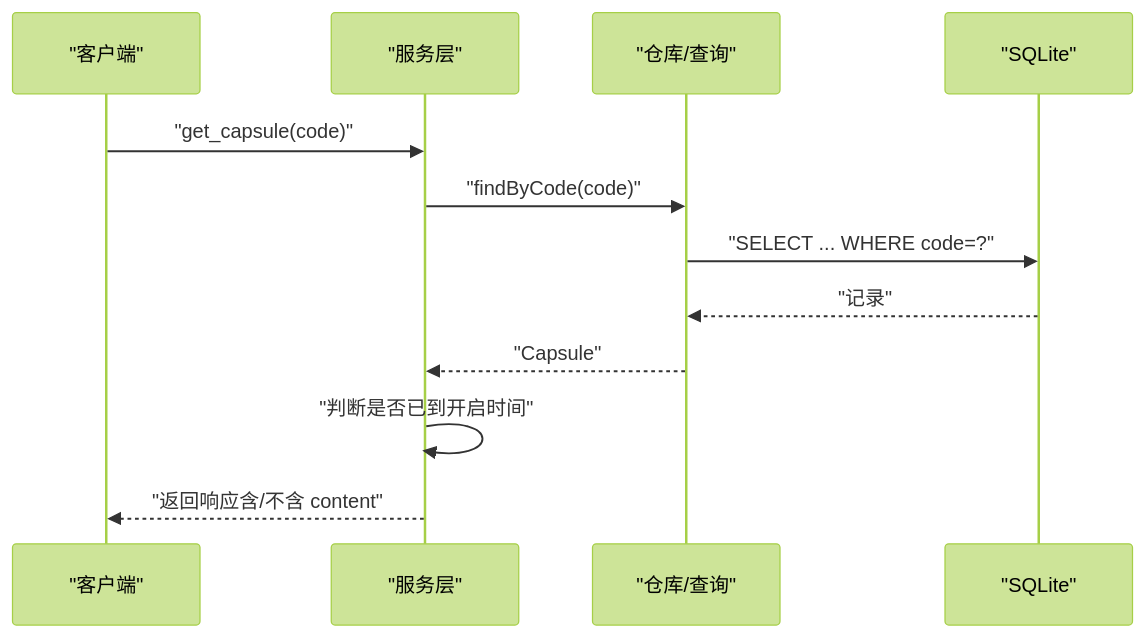
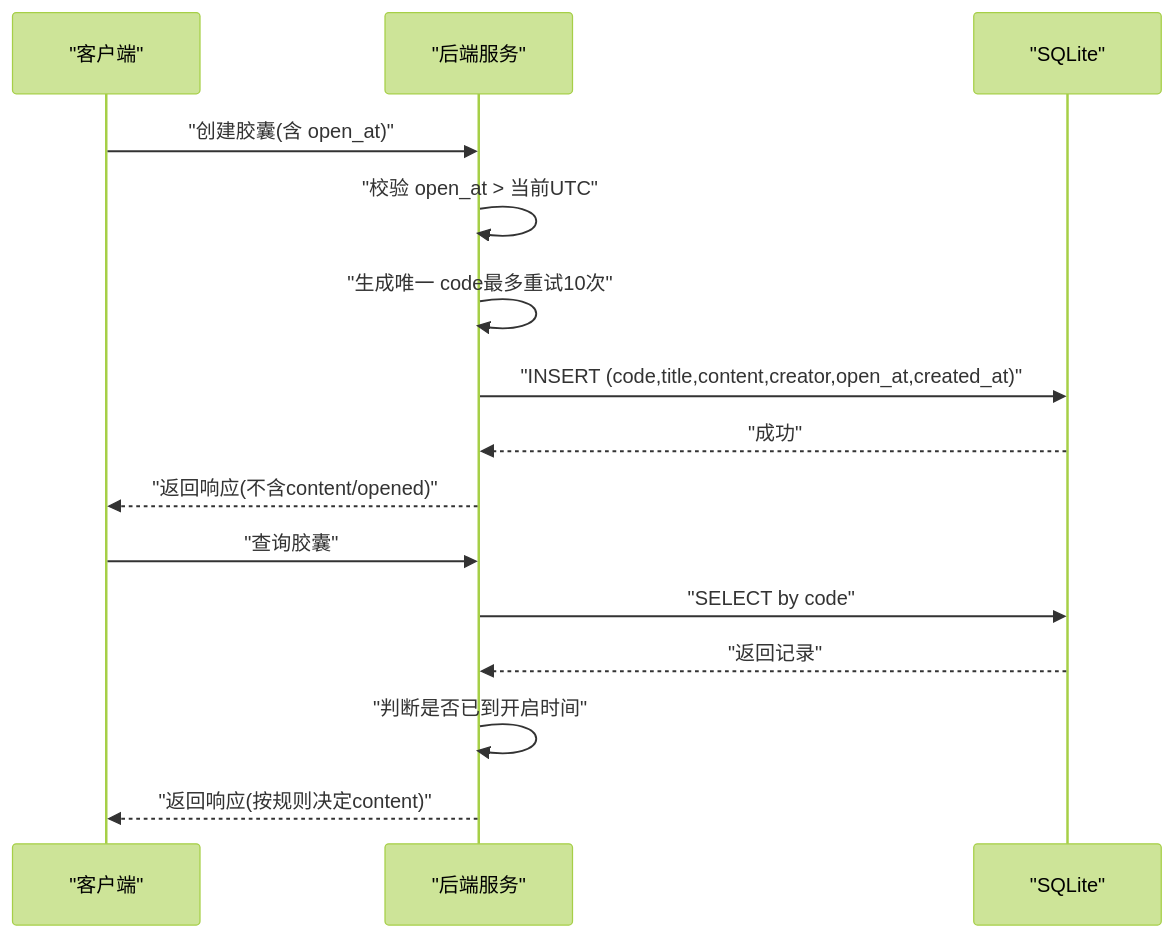
Before and after one commit to alexy2008/TimeCapsule: the fourth of 7 diagrams in .qoder/repowiki/zh/content/数据库设计.md, drawn with Mermaid (forest theme). The commit also changed other lines of this file and 247 other files, not shown here.

````diff
--- a/.qoder/repowiki/zh/content/数据库设计.md
+++ b/.qoder/repowiki/zh/content/数据库设计.md
@@ -253,14 +192,17 @@
 ```mermaid
 sequenceDiagram
 participant C as "客户端"
-participant S as "服务层"
-participant R as "仓库/查询"
+participant S as "后端服务"
 participant DB as "SQLite"
-C->>S : "get_capsule(code)"
-S->>R : "findByCode(code)"
-R->>DB : "SELECT ... WHERE code=?"
-DB-->>R : "记录"
-R-->>S : "Capsule"
+C->>S : "创建胶囊(含 open_at)"
+S->>S : "校验 open_at > 当前UTC"
+S->>S : "生成唯一 code最多重试10次"
+S->>DB : "INSERT (code,title,content,creator,open_at,created_at)"
+DB-->>S : "成功"
+S-->>C : "返回响应(不含content/opened)"
+C->>S : "查询胶囊"
+S->>DB : "SELECT by code"
+DB-->>S : "返回记录"
 S->>S : "判断是否已到开启时间"
-S-->>C : "返回响应含/不含 content"
+S-->>C : "返回响应(按规则决定content)"
 ```
````
